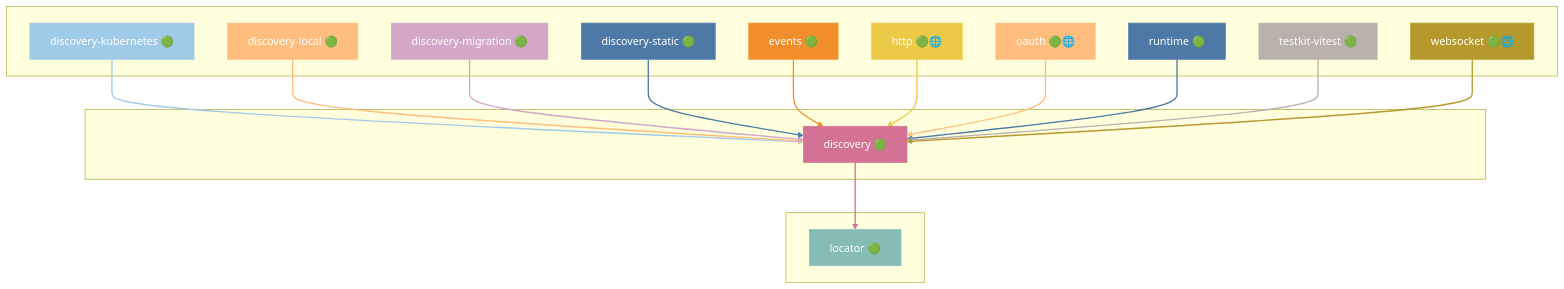
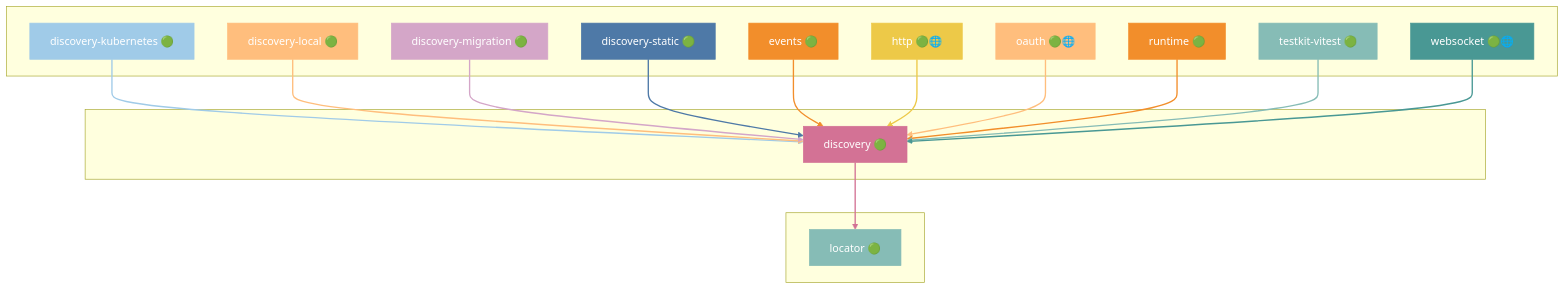
Before and after one commit to grest-ts/grest-ts: diagram 16 of 51 in docs/DEPENDENCIES.md, drawn with Mermaid. The commit also changed other lines of this file and 24 other files, not shown here.

````diff
--- a/docs/DEPENDENCIES.md
+++ b/docs/DEPENDENCIES.md
@@ -1013,55 +1015,55 @@
 ```mermaid
 flowchart TB
     subgraph Dependents[" "]
         discovery-kubernetes["discovery-kubernetes 🟢"]
         discovery-local["discovery-local 🟢"]
         discovery-migration["discovery-migration 🟢"]
         discovery-static["discovery-static 🟢"]
         events["events 🟢"]
         http["http 🟢🌐"]
         oauth["oauth 🟢🌐"]
         runtime["runtime 🟢"]
         testkit-vitest["testkit-vitest 🟢"]
         websocket["websocket 🟢🌐"]
     end
     subgraph Package[" "]
         discovery["discovery 🟢"]
     end
     subgraph Dependencies[" "]
         locator["locator 🟢"]
     end
     discovery-kubernetes --> discovery
     discovery-local --> discovery
     discovery-migration --> discovery
     discovery-static --> discovery
     events --> discovery
     http --> discovery
     oauth --> discovery
     runtime --> discovery
     testkit-vitest --> discovery
     websocket --> discovery
     discovery --> locator
     style discovery fill:#D37295,stroke:#D37295,color:#fff
     style discovery-kubernetes fill:#A0CBE8,stroke:#A0CBE8,color:#fff
     style discovery-local fill:#FFBE7D,stroke:#FFBE7D,color:#fff
     style discovery-migration fill:#D4A6C8,stroke:#D4A6C8,color:#fff
     style discovery-static fill:#4E79A7,stroke:#4E79A7,color:#fff
     style events fill:#F28E2B,stroke:#F28E2B,color:#fff
     style http fill:#EDC948,stroke:#EDC948,color:#fff
     style oauth fill:#FFBE7D,stroke:#FFBE7D,color:#fff
-    style runtime fill:#4E79A7,stroke:#4E79A7,color:#fff
-    style testkit-vitest fill:#BAB0AC,stroke:#BAB0AC,color:#fff
-    style websocket fill:#B6992D,stroke:#B6992D,color:#fff
+    style runtime fill:#F28E2B,stroke:#F28E2B,color:#fff
+    style testkit-vitest fill:#86BCB6,stroke:#86BCB6,color:#fff
+    style websocket fill:#499894,stroke:#499894,color:#fff
     style locator fill:#86BCB6,stroke:#86BCB6,color:#fff
     linkStyle 0 stroke:#A0CBE8,stroke-width:2px
     linkStyle 1 stroke:#FFBE7D,stroke-width:2px
     linkStyle 2 stroke:#D4A6C8,stroke-width:2px
     linkStyle 3 stroke:#4E79A7,stroke-width:2px
     linkStyle 4 stroke:#F28E2B,stroke-width:2px
     linkStyle 5 stroke:#EDC948,stroke-width:2px
     linkStyle 6 stroke:#FFBE7D,stroke-width:2px
-    linkStyle 7 stroke:#4E79A7,stroke-width:2px
-    linkStyle 8 stroke:#BAB0AC,stroke-width:2px
-    linkStyle 9 stroke:#B6992D,stroke-width:2px
+    linkStyle 7 stroke:#F28E2B,stroke-width:2px
+    linkStyle 8 stroke:#86BCB6,stroke-width:2px
+    linkStyle 9 stroke:#499894,stroke-width:2px
     linkStyle 10 stroke:#D37295,stroke-width:2px
 ```
````
